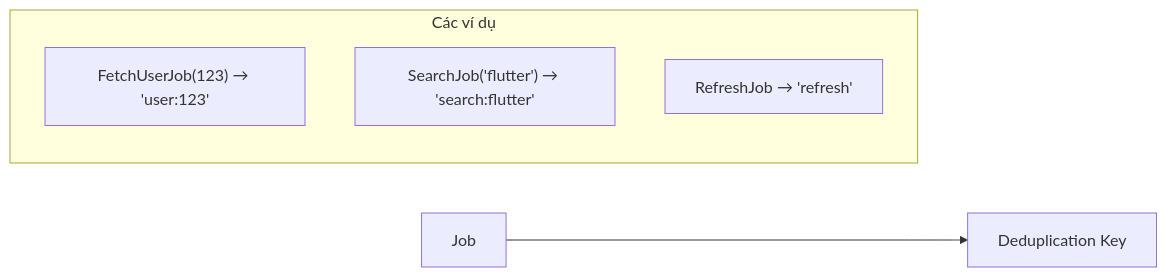
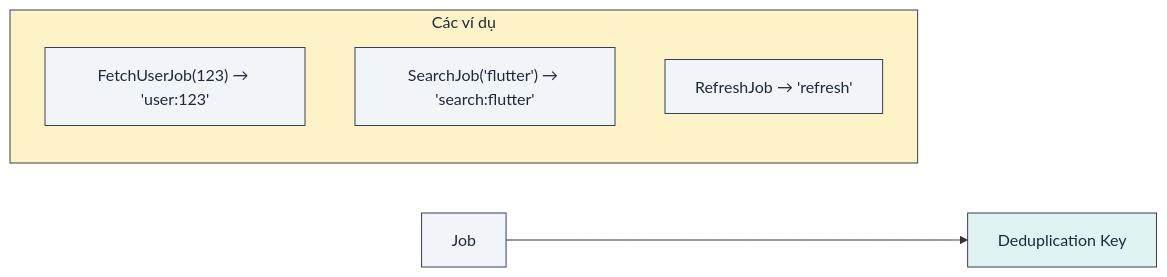
Diagram 15 of 16 in book/vi/chapters/05_advanced_patterns.md (lploc94/flutter_orchestrator), drawn with Mermaid before and after one commit. The commit also changed other lines of this file and 4 other files, not shown here.

````diff
--- a/book/vi/chapters/05_advanced_patterns.md
+++ b/book/vi/chapters/05_advanced_patterns.md
@@ -345,10 +410,17 @@
 ```mermaid
 graph LR
     Job["Job"] --> Key["Deduplication Key"]
     
     subgraph Examples["Các ví dụ"]
         E1["FetchUserJob(123) → 'user:123'"]
         E2["SearchJob('flutter') → 'search:flutter'"]
         E3["RefreshJob → 'refresh'"]
     end
+    
+    style Job fill:#f1f5f9,stroke:#334155,color:#1e293b
+    style Key fill:#e0f2f1,stroke:#334155,color:#1e293b
+    style Examples fill:#fef3c7,stroke:#334155,color:#1e293b
+    style E1 fill:#f1f5f9,stroke:#334155,color:#1e293b
+    style E2 fill:#f1f5f9,stroke:#334155,color:#1e293b
+    style E3 fill:#f1f5f9,stroke:#334155,color:#1e293b
 ```
````
